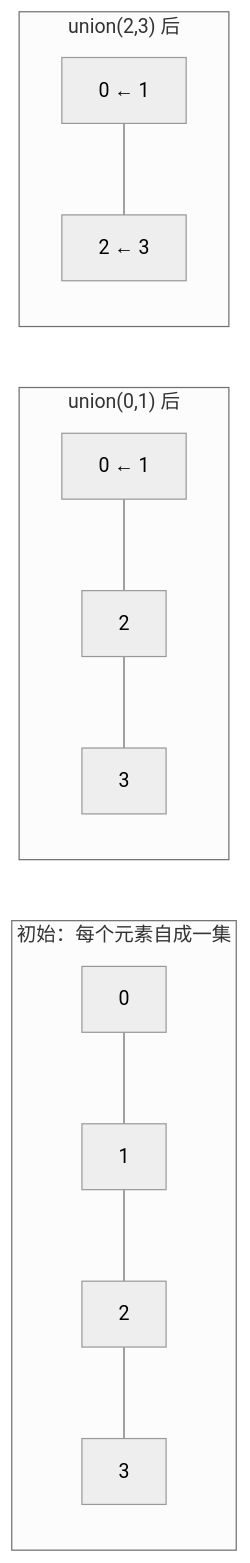
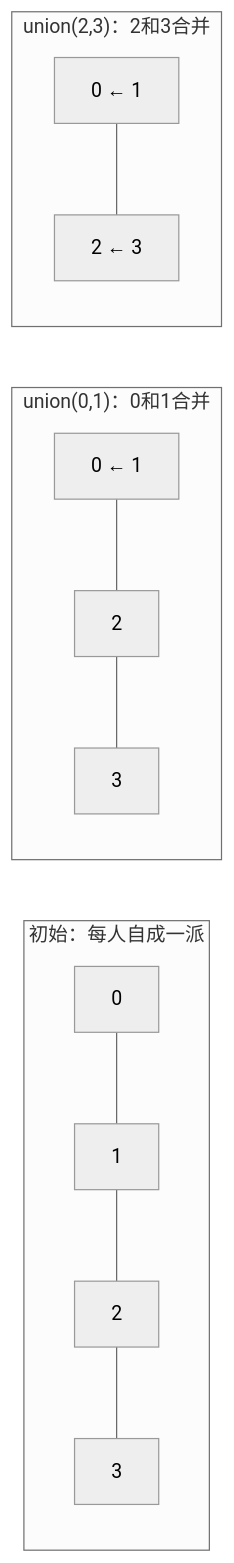
One commit to Han0301/stu_ changed the diagram in 一.编程基础/1.3_数据结构与算法/1.3.2_并查集图与排序搜索.md. Above: the diagram before and after it, drawn with Mermaid (neutral theme). The commit also changed other lines of this file and 26 other files, not shown here.

````diff
--- a/一.编程基础/1.3_数据结构与算法/1.3.2_并查集图与排序搜索.md
+++ b/一.编程基础/1.3_数据结构与算法/1.3.2_并查集图与排序搜索.md
@@ -13,12 +18,12 @@
 ```mermaid
 graph LR
-    subgraph "初始：每个元素自成一集"
+    subgraph "初始：每人自成一派"
         A["0"] --- B["1"] --- C["2"] --- D["3"]
     end
-    subgraph "union(0,1) 后"
+    subgraph "union(0,1)：0和1合并"
         E["0 ← 1"] --- F["2"] --- G["3"]
     end
-    subgraph "union(2,3) 后"
+    subgraph "union(2,3)：2和3合并"
         H["0 ← 1"] --- I["2 ← 3"]
     end
 ```
````
